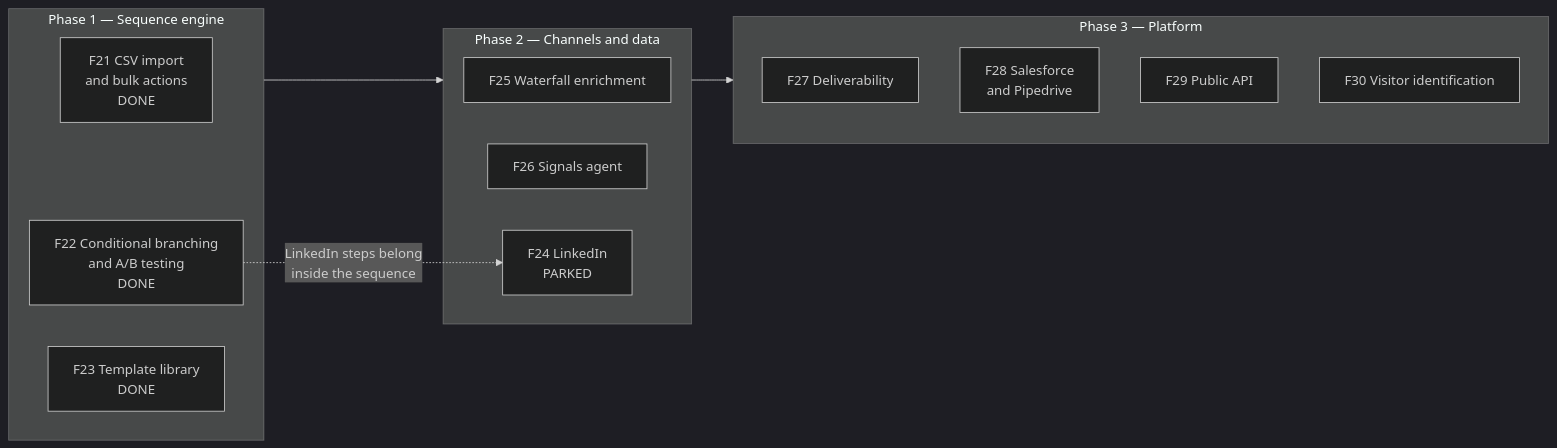
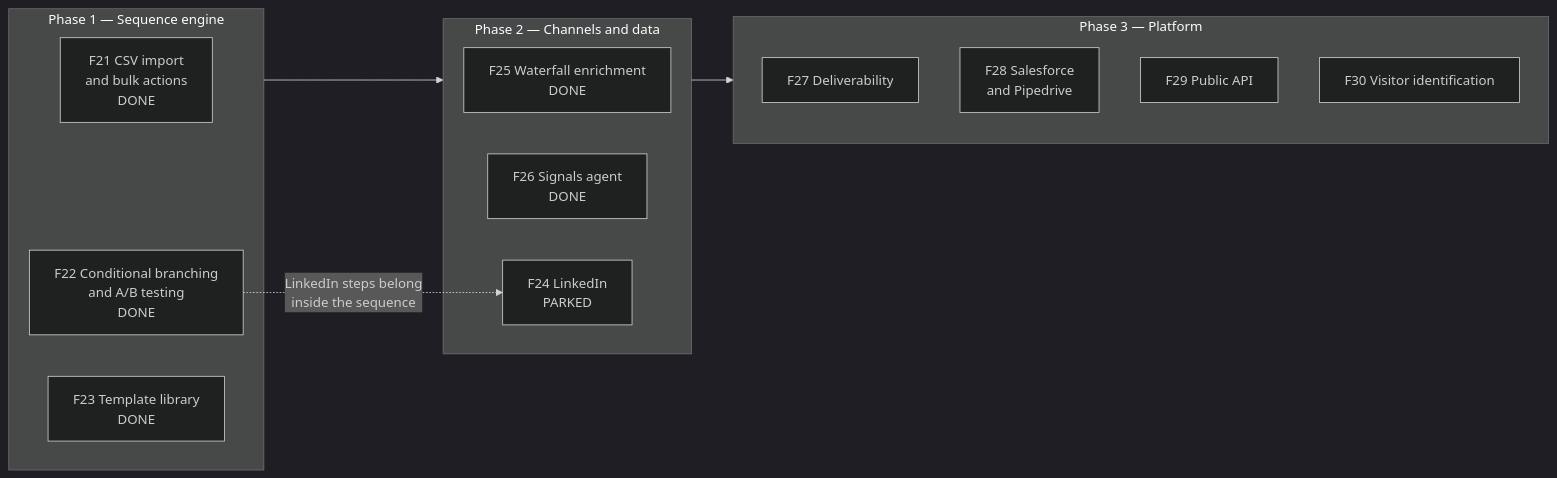
One commit to MHassan-AiExpert/AI-SDR-Autonomous-Sales-Platform changed the diagram in docs/ROADMAP.md. Above: the diagram before and after it, drawn with Mermaid (dark theme). The commit also changed other lines of this file and 26 other files, not shown here.

First line of the commit message:
F26: signals agent (agent #17) - funding, news, hiring, technology and job changes

````diff
--- a/docs/ROADMAP.md
+++ b/docs/ROADMAP.md
@@ -13,21 +13,21 @@
 ```mermaid
 flowchart LR
   subgraph P1[Phase 1 — Sequence engine]
     F21[F21 CSV import<br/>and bulk actions<br/>DONE]
     F22[F22 Conditional branching<br/>and A/B testing<br/>DONE]
     F23[F23 Template library<br/>DONE]
   end
   subgraph P2[Phase 2 — Channels and data]
-    F25[F25 Waterfall enrichment]
-    F26[F26 Signals agent]
+    F25[F25 Waterfall enrichment<br/>DONE]
+    F26[F26 Signals agent<br/>DONE]
     F24[F24 LinkedIn<br/>PARKED]
   end
   subgraph P3[Phase 3 — Platform]
     F27[F27 Deliverability]
     F28[F28 Salesforce<br/>and Pipedrive]
     F29[F29 Public API]
     F30[F30 Visitor identification]
   end
   P1 --> P2 --> P3
   F22 -.->|LinkedIn steps belong<br/>inside the sequence| F24
 ```
````
